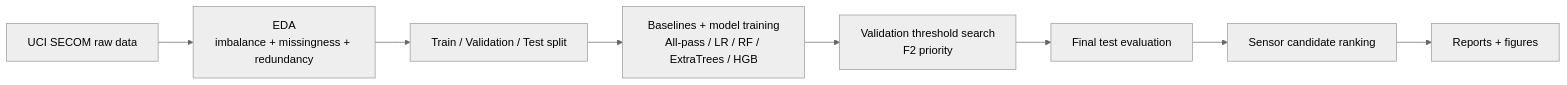
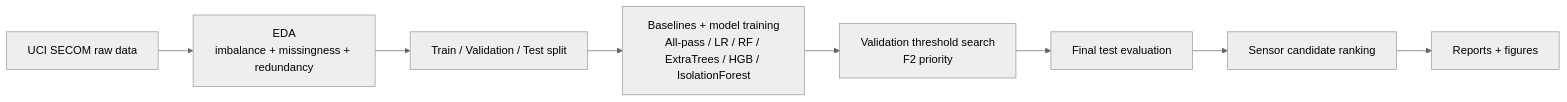
One commit to JuHyeon-Nam/semiconductor-process-fault-detection changed the diagram in README.md. Above: the diagram before and after it, drawn with Mermaid (neutral theme). The commit also changed other lines of this file and 20 other files, not shown here.

````diff
--- a/README.md
+++ b/README.md
@@ -113,10 +113,10 @@
 ```mermaid
 flowchart LR
     A["UCI SECOM raw data"] --> B["EDA<br/>imbalance + missingness + redundancy"]
     B --> C["Train / Validation / Test split"]
-    C --> D["Baselines + model training<br/>All-pass / LR / RF / ExtraTrees / HGB"]
+    C --> D["Baselines + model training<br/>All-pass / LR / RF / ExtraTrees / HGB / IsolationForest"]
     D --> E["Validation threshold search<br/>F2 priority"]
     E --> F["Final test evaluation"]
     F --> G["Sensor candidate ranking"]
     G --> H["Reports + figures"]
 ```
````
